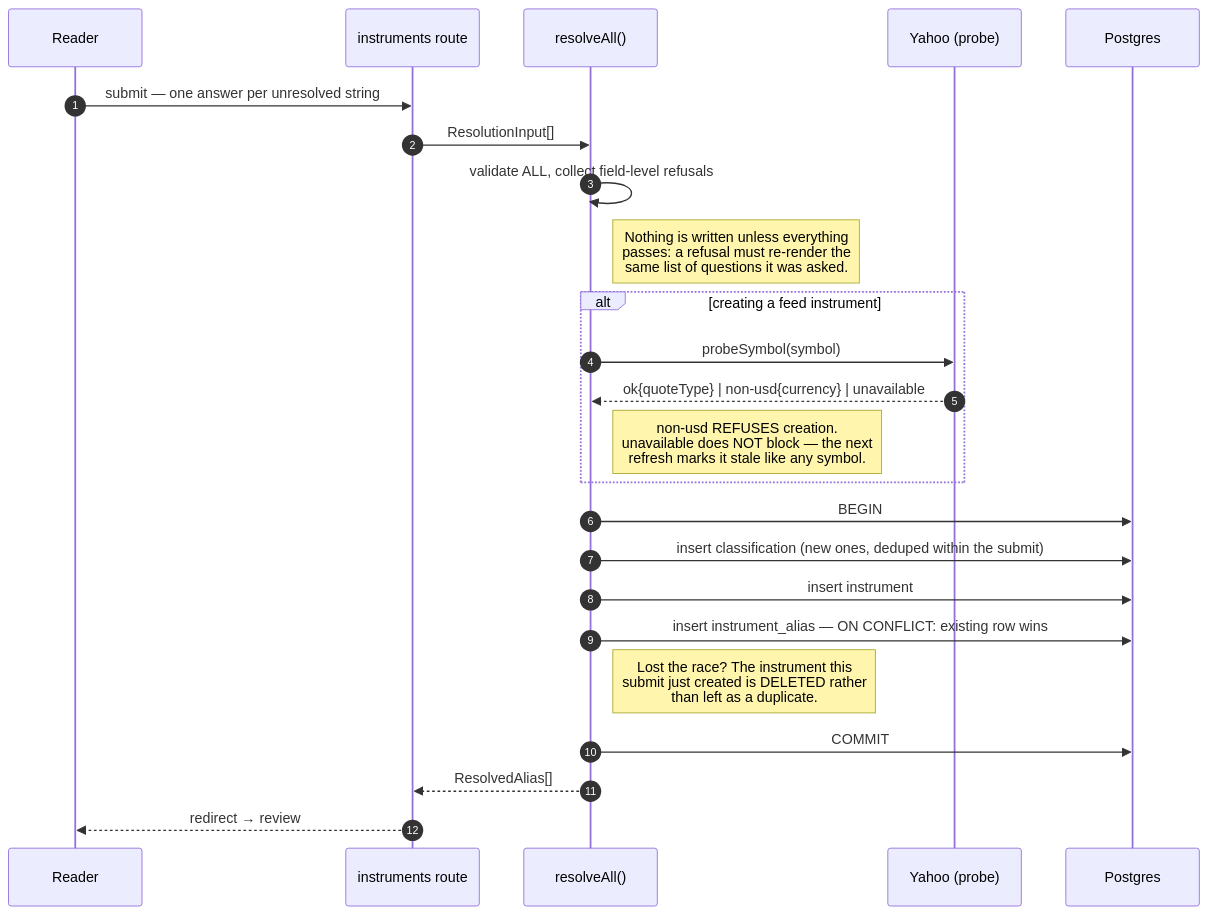
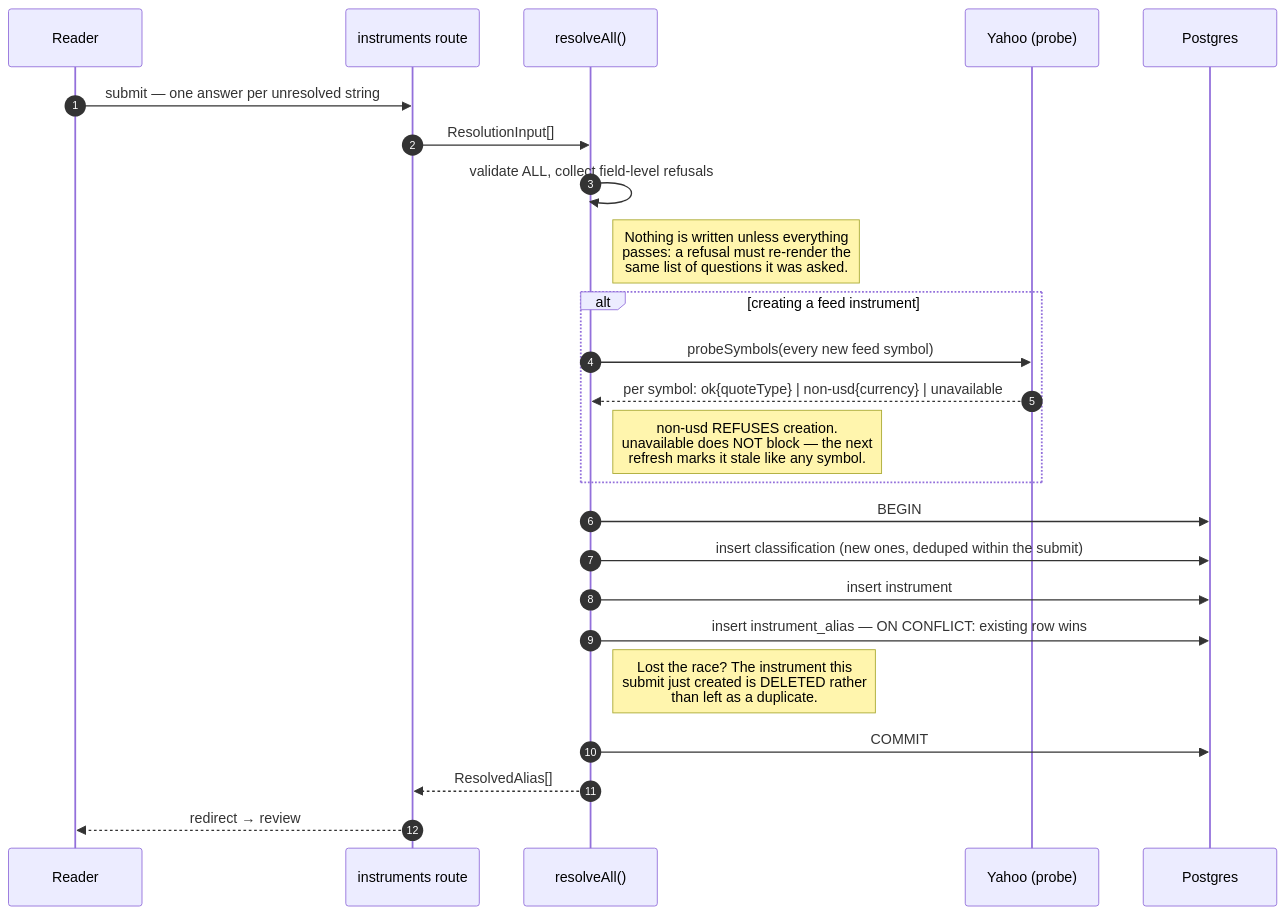
Before and after one commit to chethan123/portfolio: the eighth of 11 diagrams in ARCHITECTURE.md, drawn with Mermaid. The commit also changed other lines of this file, not shown here.

First line of the commit message:
Stop the architecture document describing a probe that no longer exists

````diff
--- a/ARCHITECTURE.md
+++ b/ARCHITECTURE.md
@@ -974,27 +974,27 @@
 ```mermaid
 sequenceDiagram
     autonumber
     participant U as Reader
     participant R as instruments route
     participant IR as resolveAll()
     participant Y as Yahoo (probe)
     participant PG as Postgres
 
     U->>R: submit — one answer per unresolved string
     R->>IR: ResolutionInput[]
     IR->>IR: validate ALL, collect field-level refusals
     Note right of IR: Nothing is written unless everything<br/>passes: a refusal must re-render the<br/>same list of questions it was asked.
     alt creating a feed instrument
-        IR->>Y: probeSymbol(symbol)
-        Y-->>IR: ok{quoteType} | non-usd{currency} | unavailable
+        IR->>Y: probeSymbols(every new feed symbol)
+        Y-->>IR: per symbol: ok{quoteType} | non-usd{currency} | unavailable
         Note right of IR: non-usd REFUSES creation.<br/>unavailable does NOT block — the next<br/>refresh marks it stale like any symbol.
     end
     IR->>PG: BEGIN
     IR->>PG: insert classification (new ones, deduped within the submit)
     IR->>PG: insert instrument
     IR->>PG: insert instrument_alias — ON CONFLICT: existing row wins
     Note right of IR: Lost the race? The instrument this<br/>submit just created is DELETED rather<br/>than left as a duplicate.
     IR->>PG: COMMIT
     IR-->>R: ResolvedAlias[]
     R-->>U: redirect → review
 ```
````
